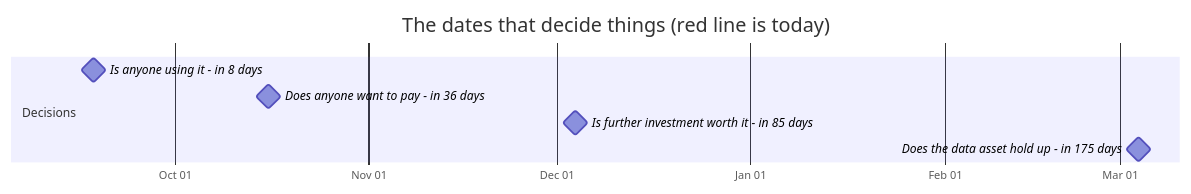
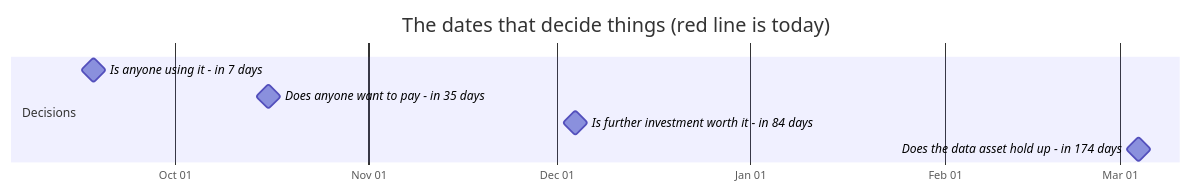
Before and after one commit to jakegu1/vetagent: the first of 2 diagrams in docs/OWNER.md, drawn with Mermaid. The commit also changed other lines of this file and 1 other file, not shown here.

````diff
--- a/docs/OWNER.md
+++ b/docs/OWNER.md
@@ -83,12 +83,12 @@
 ```mermaid
 gantt
     dateFormat YYYY-MM-DD
     axisFormat %b %d
     todayMarker stroke-width:3px,stroke:#d33,stroke-dasharray:0
     title The dates that decide things (red line is today)
     section Decisions
-    Is anyone using it - in 8 days :milestone, 2026-09-18, 0d
-    Does anyone want to pay - in 36 days :milestone, 2026-10-16, 0d
-    Is further investment worth it - in 85 days :milestone, 2026-12-04, 0d
-    Does the data asset hold up - in 175 days :milestone, 2027-03-04, 0d
+    Is anyone using it - in 7 days :milestone, 2026-09-18, 0d
+    Does anyone want to pay - in 35 days :milestone, 2026-10-16, 0d
+    Is further investment worth it - in 84 days :milestone, 2026-12-04, 0d
+    Does the data asset hold up - in 174 days :milestone, 2027-03-04, 0d
 ```
````
